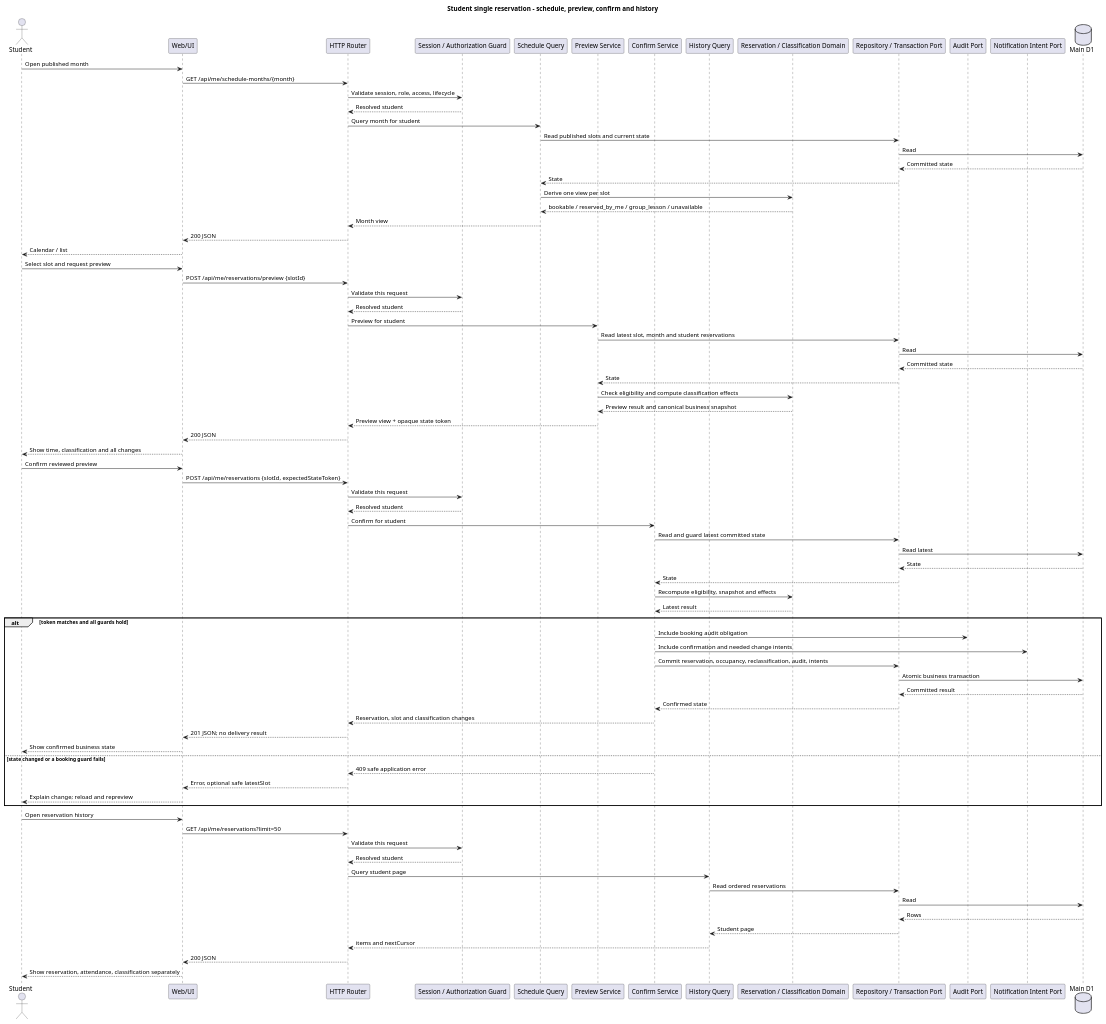
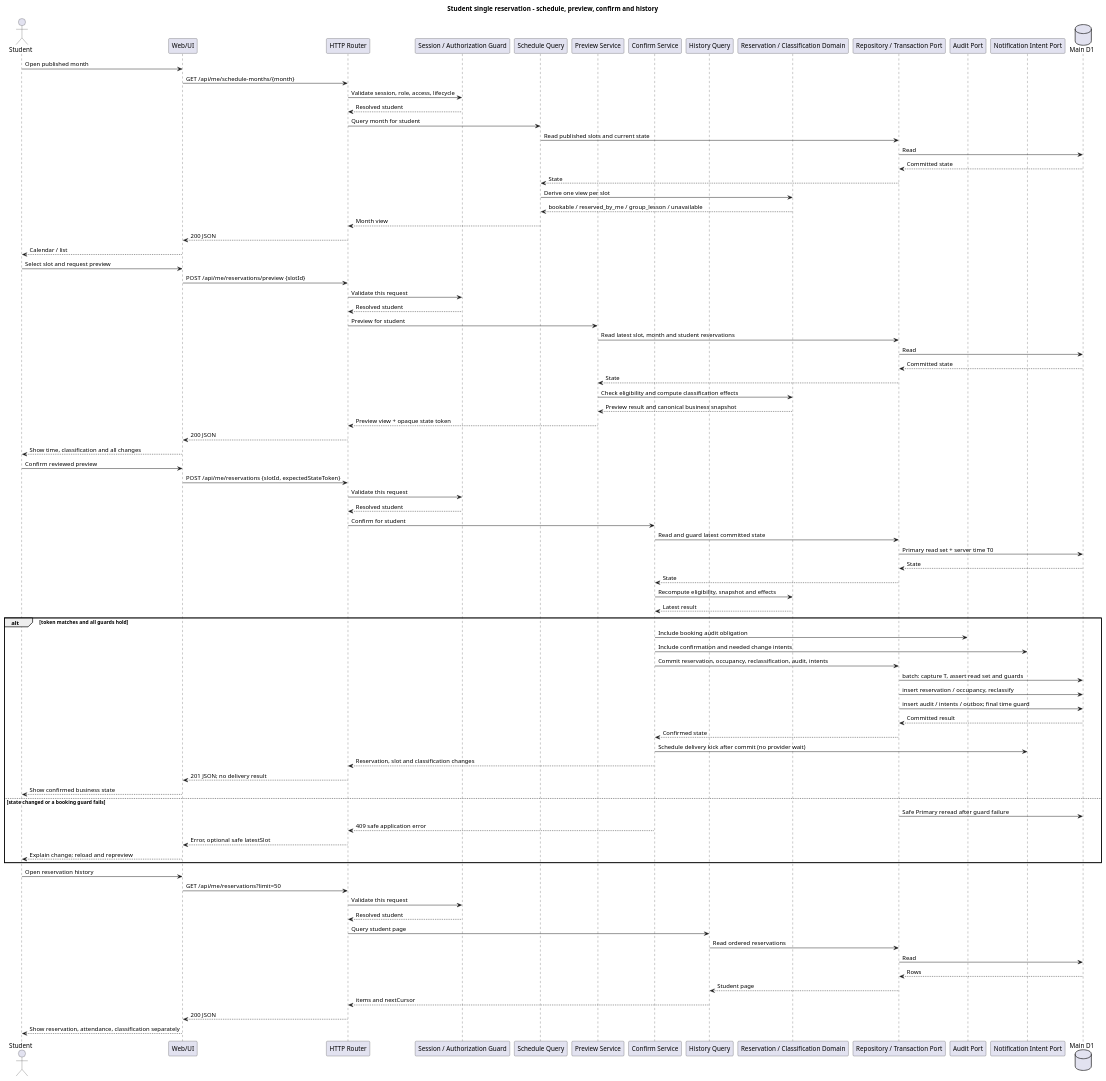
One commit to suzukure/nssscdl changed the diagram in docs/diagrams/plantuml/student-reservation-sequence.puml. Above: the diagram before and after it, drawn with PlantUML. The commit also changed 5 other files, not shown here.

```diff
--- a/docs/diagrams/plantuml/student-reservation-sequence.puml
+++ b/docs/diagrams/plantuml/student-reservation-sequence.puml
@@ -1,88 +1,92 @@
 @startuml
 title Student single reservation - schedule, preview, confirm and history
 
 actor Student
 participant "Web/UI" as UI
 participant "HTTP Router" as HTTP
 participant "Session / Authorization Guard" as Guard
 participant "Schedule Query" as Schedule
 participant "Preview Service" as Preview
 participant "Confirm Service" as Confirm
 participant "History Query" as History
 participant "Reservation / Classification Domain" as Domain
 participant "Repository / Transaction Port" as Repo
 participant "Audit Port" as Audit
 participant "Notification Intent Port" as Intent
 database "Main D1" as D1
 
 Student -> UI: Open published month
 UI -> HTTP: GET /api/me/schedule-months/{month}
 HTTP -> Guard: Validate session, role, access, lifecycle
 Guard --> HTTP: Resolved student
 HTTP -> Schedule: Query month for student
 Schedule -> Repo: Read published slots and current state
 Repo -> D1: Read
 D1 --> Repo: Committed state
 Repo --> Schedule: State
 Schedule -> Domain: Derive one view per slot
 Domain --> Schedule: bookable / reserved_by_me / group_lesson / unavailable
 Schedule --> HTTP: Month view
 HTTP --> UI: 200 JSON
 UI --> Student: Calendar / list
 
 Student -> UI: Select slot and request preview
 UI -> HTTP: POST /api/me/reservations/preview {slotId}
 HTTP -> Guard: Validate this request
 Guard --> HTTP: Resolved student
 HTTP -> Preview: Preview for student
 Preview -> Repo: Read latest slot, month and student reservations
 Repo -> D1: Read
 D1 --> Repo: Committed state
 Repo --> Preview: State
 Preview -> Domain: Check eligibility and compute classification effects
 Domain --> Preview: Preview result and canonical business snapshot
 Preview --> HTTP: Preview view + opaque state token
 HTTP --> UI: 200 JSON
 UI --> Student: Show time, classification and all changes
 
 Student -> UI: Confirm reviewed preview
 UI -> HTTP: POST /api/me/reservations {slotId, expectedStateToken}
 HTTP -> Guard: Validate this request
 Guard --> HTTP: Resolved student
 HTTP -> Confirm: Confirm for student
 Confirm -> Repo: Read and guard latest committed state
-Repo -> D1: Read latest
+Repo -> D1: Primary read set + server time T0
 D1 --> Repo: State
 Repo --> Confirm: State
 Confirm -> Domain: Recompute eligibility, snapshot and effects
 Domain --> Confirm: Latest result
 alt token matches and all guards hold
   Confirm -> Audit: Include booking audit obligation
   Confirm -> Intent: Include confirmation and needed change intents
   Confirm -> Repo: Commit reservation, occupancy, reclassification, audit, intents
-  Repo -> D1: Atomic business transaction
+  Repo -> D1: batch: capture T, assert read set and guards
+  Repo -> D1: insert reservation / occupancy, reclassify
+  Repo -> D1: insert audit / intents / outbox; final time guard
   D1 --> Repo: Committed result
   Repo --> Confirm: Confirmed state
+  Confirm -> Intent: Schedule delivery kick after commit (no provider wait)
   Confirm --> HTTP: Reservation, slot and classification changes
   HTTP --> UI: 201 JSON; no delivery result
   UI --> Student: Show confirmed business state
 else state changed or a booking guard fails
+  Repo -> D1: Safe Primary reread after guard failure
   Confirm --> HTTP: 409 safe application error
   HTTP --> UI: Error, optional safe latestSlot
   UI --> Student: Explain change; reload and repreview
 end
 
 Student -> UI: Open reservation history
 UI -> HTTP: GET /api/me/reservations?limit=50
 HTTP -> Guard: Validate this request
 Guard --> HTTP: Resolved student
 HTTP -> History: Query student page
 History -> Repo: Read ordered reservations
 Repo -> D1: Read
 D1 --> Repo: Rows
 Repo --> History: Student page
 History --> HTTP: items and nextCursor
 HTTP --> UI: 200 JSON
 UI --> Student: Show reservation, attendance, classification separately
 
 @enduml
```
